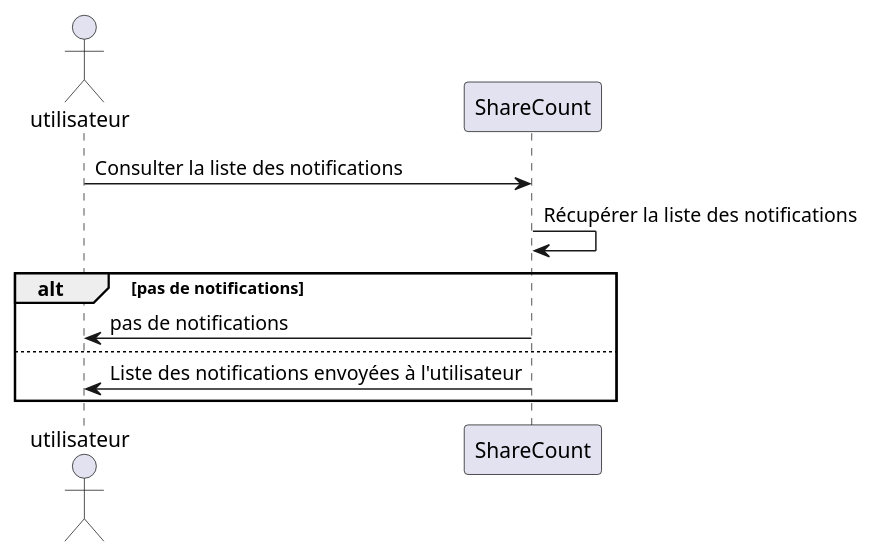
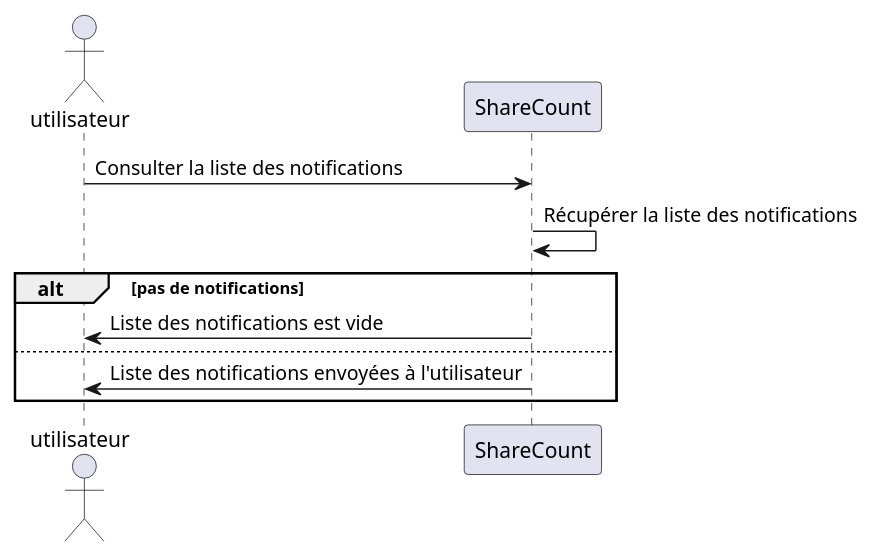
The diagram in diagrammes/specification/sequence/notifications/Consulter-sa-liste-de-notifications.puml (lmtb06/sharecount), drawn with PlantUML before and after one commit. The commit also changed 10 other files, not shown here.

```diff
--- a/diagrammes/specification/sequence/notifications/Consulter-sa-liste-de-notifications.puml
+++ b/diagrammes/specification/sequence/notifications/Consulter-sa-liste-de-notifications.puml
@@ -1,17 +1,17 @@
-@startuml  Consulter sa liste d’invitations
+@startuml  Consulter sa liste de notifications
 
 actor utilisateur as u
 participant ShareCount as sc
 
 u -> sc : Consulter la liste des notifications
 sc -> sc : Récupérer la liste des notifications
 
 alt pas de notifications
-sc -> u : pas de notifications
+sc -> u : Liste des notifications est vide
 else
 
 sc -> u : Liste des notifications envoyées à l'utilisateur
 
 end
 
 @enduml
```
